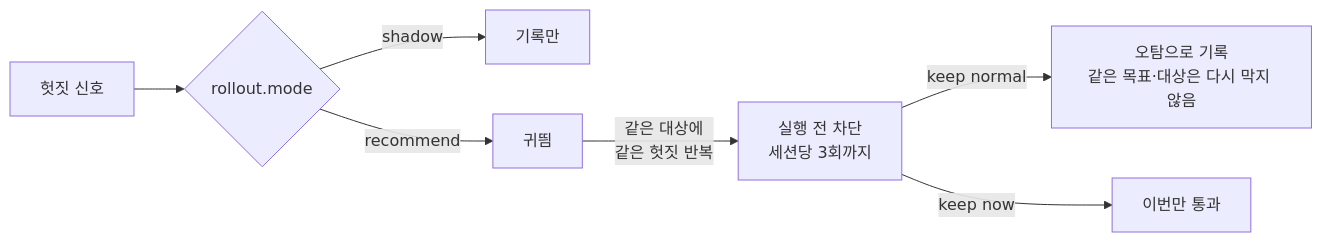
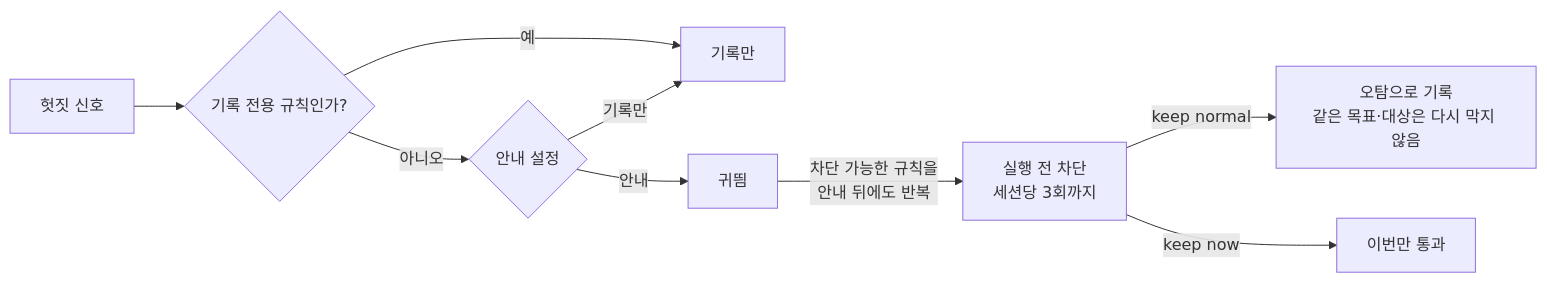
The second of 2 diagrams in docs/getting-started.md (JinHo-von-Choi/anti-samcheonpo), drawn with Mermaid before and after one commit. The commit also changed other lines of this file and 62 other files, not shown here.

````diff
--- a/docs/getting-started.md
+++ b/docs/getting-started.md
@@ -72,9 +72,11 @@
 ```mermaid
 flowchart LR
-    S[헛짓 신호] --> M{rollout.mode}
-    M -->|shadow| L[기록만]
-    M -->|recommend| N[귀띔]
-    N -->|같은 대상에<br/>같은 헛짓 반복| B[실행 전 차단<br/>세션당 3회까지]
+    S[헛짓 신호] --> R{기록 전용 규칙인가?}
+    R -->|예| L[기록만]
+    R -->|아니오| M{안내 설정}
+    M -->|기록만| L[기록만]
+    M -->|안내| N[귀띔]
+    N -->|차단 가능한 규칙을<br/>안내 뒤에도 반복| B[실행 전 차단<br/>세션당 3회까지]
     B -->|keep normal| F[오탐으로 기록<br/>같은 목표·대상은 다시 막지 않음]
     B -->|keep now| O[이번만 통과]
 ```
````
